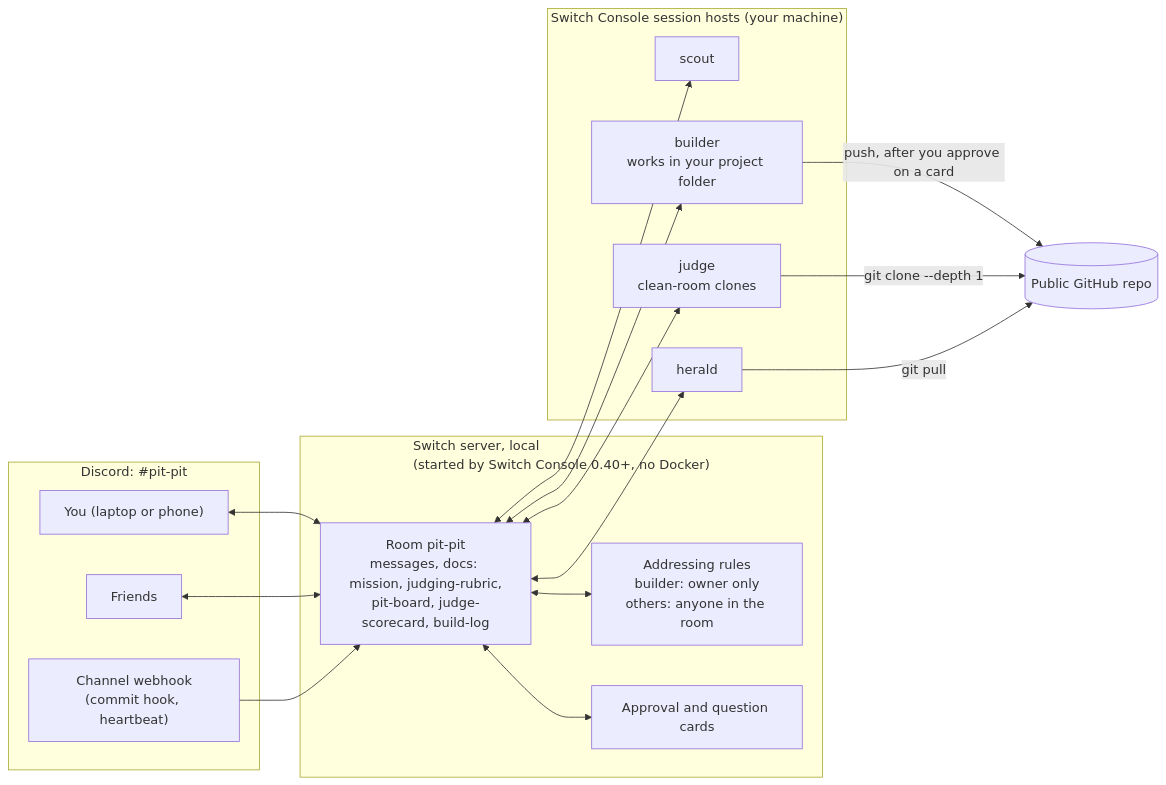
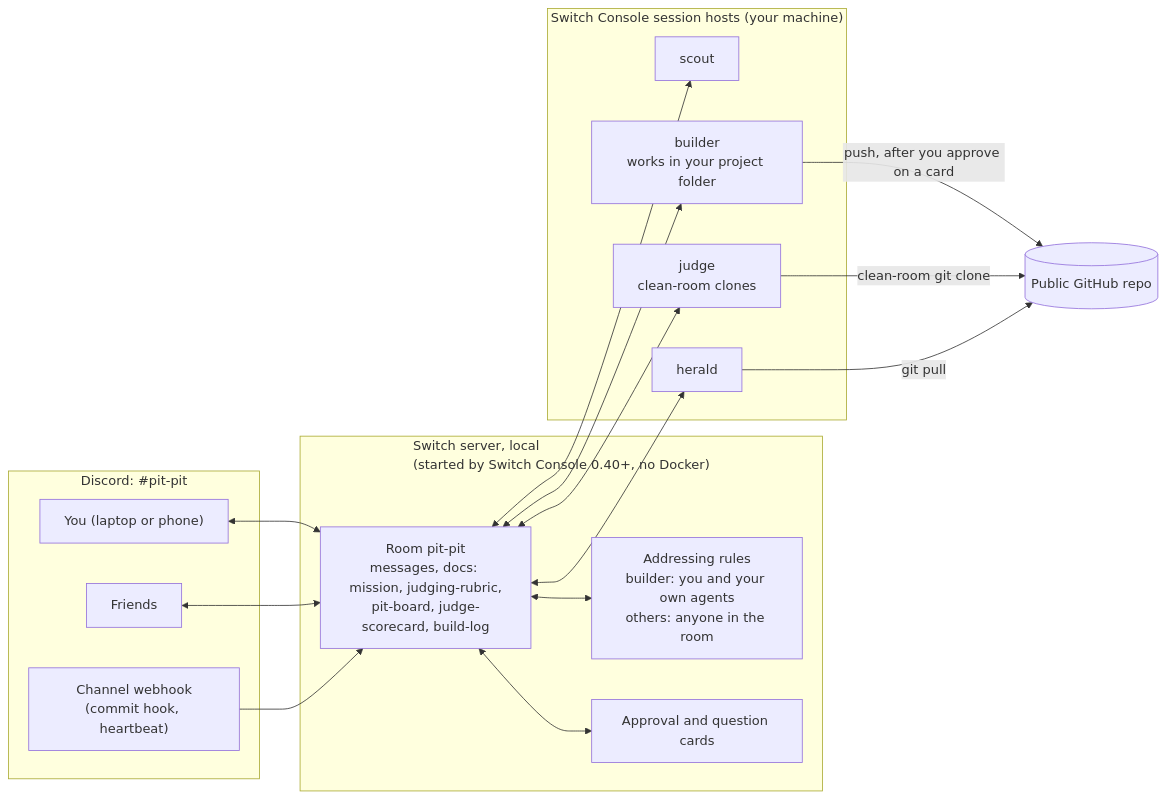
The diagram in docs/architecture.md (satanrayshe/pit-crew), drawn with Mermaid before and after one commit. The commit also changed other lines of this file and 16 other files, not shown here.

First line of the commit message:
fix: judge pull requests from a blobless clone and tighten the crew's rules

````diff
--- a/docs/architecture.md
+++ b/docs/architecture.md
@@ -7,36 +7,36 @@
 ```mermaid
 flowchart LR
     subgraph Discord["Discord: #pit-pit"]
         you["You (laptop or phone)"]
         friends["Friends"]
         hook["Channel webhook<br/>(commit hook, heartbeat)"]
     end
 
     subgraph Server["Switch server, local<br/>(started by Switch Console 0.40+, no Docker)"]
         room["Room pit-pit<br/>messages, docs: mission, judging-rubric,<br/>pit-board, judge-scorecard, build-log"]
-        policy["Addressing rules<br/>builder: owner only<br/>others: anyone in the room"]
+        policy["Addressing rules<br/>builder: you and your own agents<br/>others: anyone in the room"]
         cards["Approval and question cards"]
     end
 
     subgraph Console["Switch Console session hosts (your machine)"]
         scout["scout"]
         builder["builder<br/>works in your project folder"]
         judge["judge<br/>clean-room clones"]
         herald["herald"]
     end
 
     gh[("Public GitHub repo")]
 
     you <--> room
     friends <--> room
     hook --> room
     room <--> policy
     room <--> cards
     room <--> scout
     room <--> builder
     room <--> judge
     room <--> herald
     builder -- "push, after you approve on a card" --> gh
-    judge -- "git clone --depth 1" --> gh
+    judge -- "clean-room git clone" --> gh
     herald -- "git pull" --> gh
 ```
````
